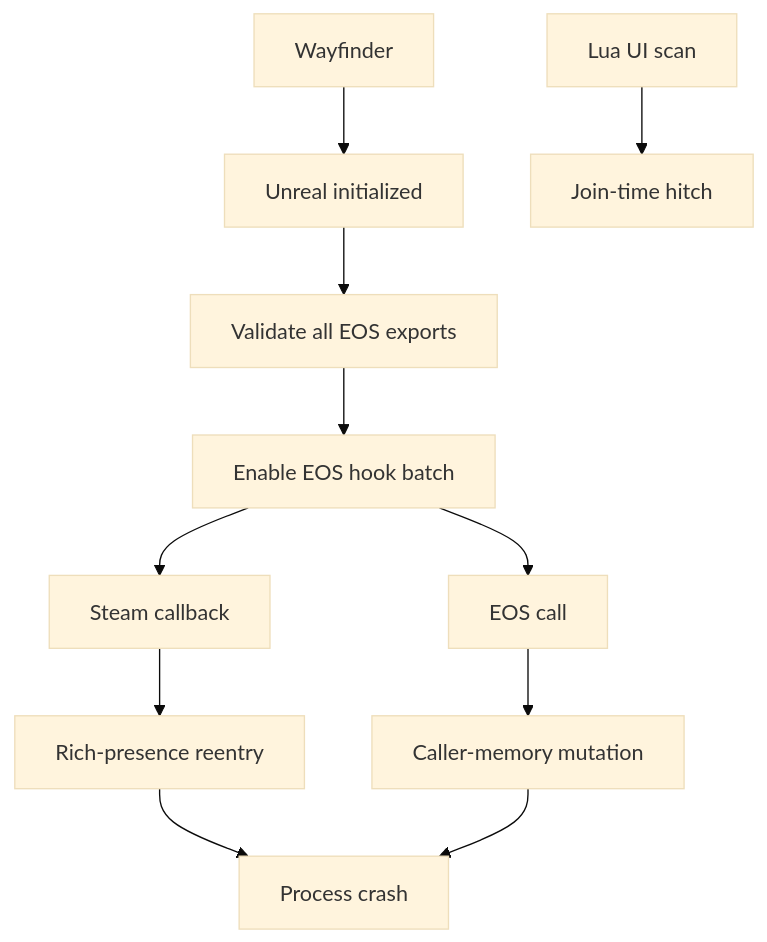
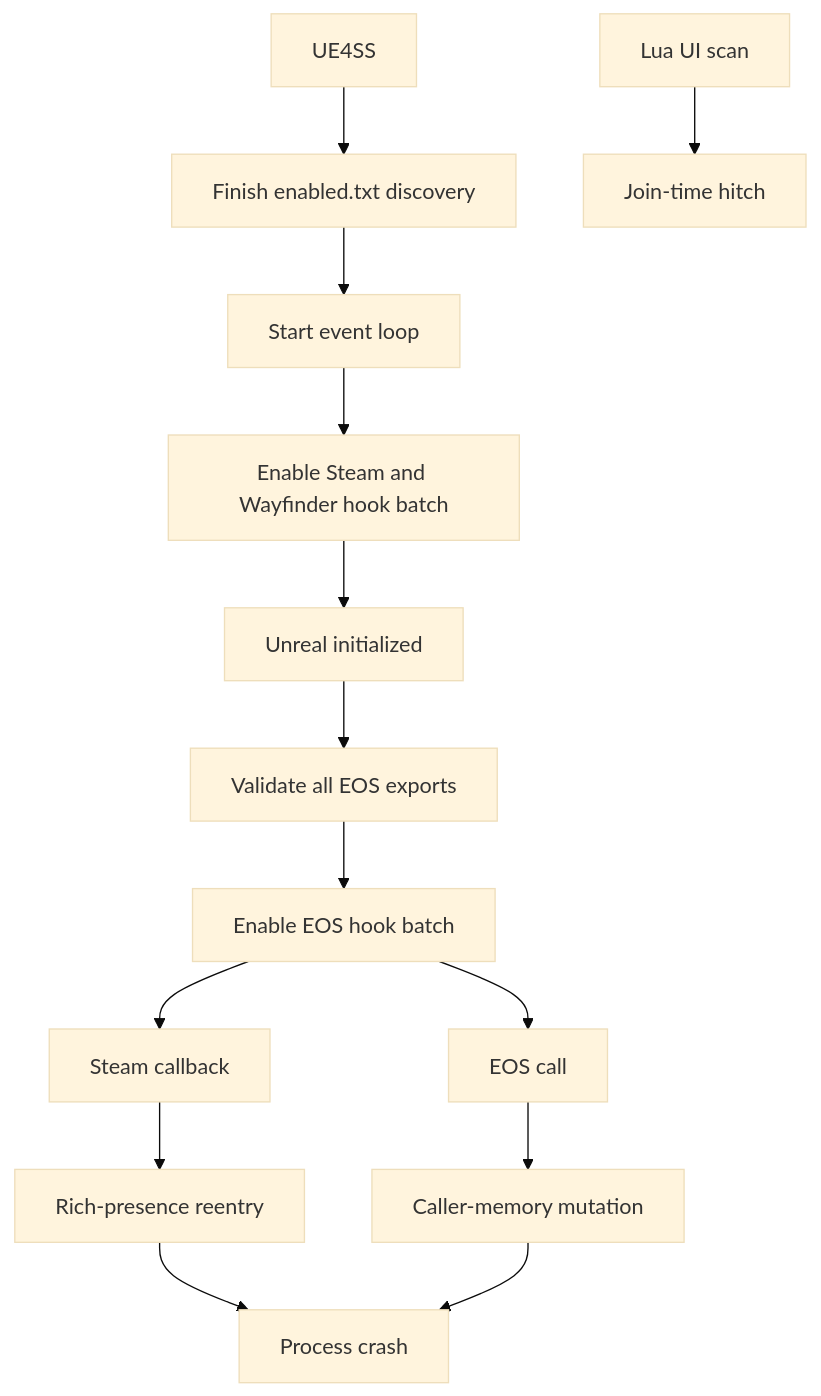
One commit to TheAngryByrd/Wayfinder-Mods changed the diagram in lode/runtime/stability.md. Above: the diagram before and after it, drawn with Mermaid (base theme). The commit also changed other lines of this file and 7 other files, not shown here.

````diff
--- a/lode/runtime/stability.md
+++ b/lode/runtime/stability.md
@@ -7,13 +7,16 @@
 ```mermaid
 flowchart TD
-    Wayfinder --> Ready[Unreal initialized]
+    UE4SS --> Discover[Finish enabled.txt discovery]
+    Discover --> EventLoop[Start event loop]
+    EventLoop --> NativeBatch[Enable Steam and Wayfinder hook batch]
+    NativeBatch --> Ready[Unreal initialized]
     Ready --> Check[Validate all EOS exports]
     Check --> Hook[Enable EOS hook batch]
     Hook --> Steam[Steam callback]
     Hook --> EOS[EOS call]
     Steam --> Reentry[Rich-presence reentry]
     EOS --> Mutation[Caller-memory mutation]
     Reentry --> Crash[Process crash]
     Mutation --> Crash
     Lua[Lua UI scan] --> Hitch[Join-time hitch]
 ```
````
